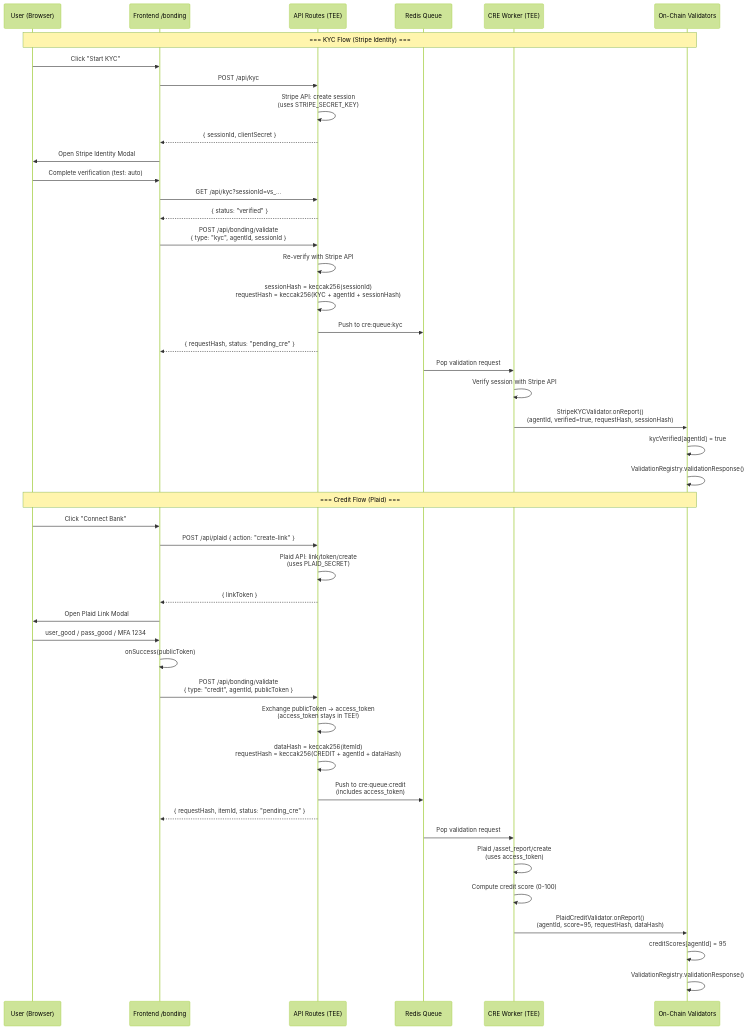
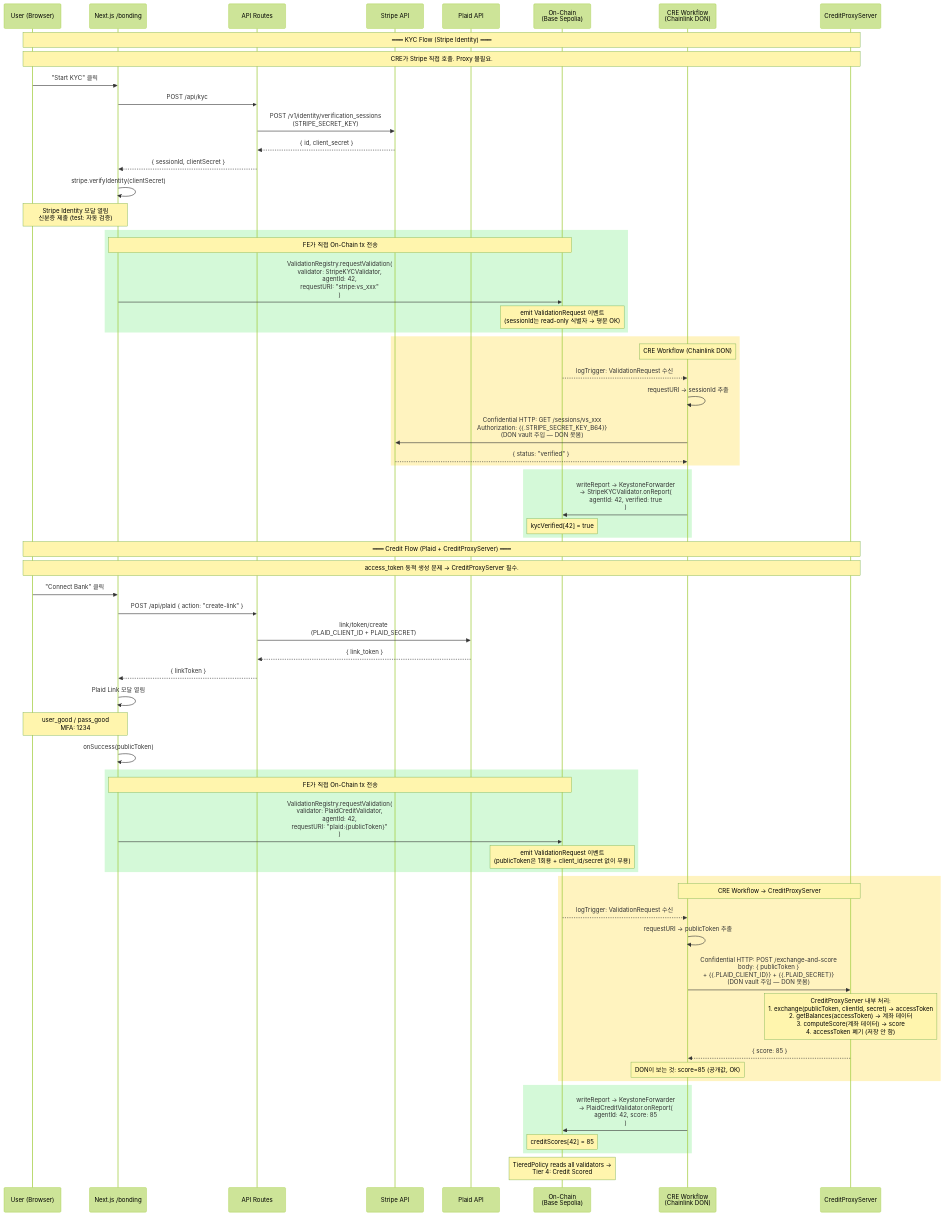
One commit to hihi-yessir/whitewall changed the first of 6 diagrams in docs/bonding-architecture.md. Above: the diagram before and after it, drawn with Mermaid (forest theme). The commit also changed other lines of this file and 36 other files, not shown here.

Commit message:
replace bonding page with tryout flow, refactor demo to architecture viz

````diff
--- a/docs/bonding-architecture.md
+++ b/docs/bonding-architecture.md
@@ -43,55 +64,82 @@
 ```mermaid
 sequenceDiagram
     participant U as User (Browser)
-    participant FE as Frontend /bonding
-    participant API as API Routes (TEE)
-    participant R as Redis Queue
-    participant CRE as CRE Worker (TEE)
-    participant SC as On-Chain Validators
+    participant FE as Next.js /bonding
+    participant API as API Routes
+    participant Stripe as Stripe API
+    participant Plaid as Plaid API
+    participant Chain as On-Chain<br/>(Base Sepolia)
+    participant CRE as CRE Workflow<br/>(Chainlink DON)
+    participant Proxy as CreditProxyServer
 
-    Note over U,SC: === KYC Flow (Stripe Identity) ===
+    Note over U,Proxy: ━━━ KYC Flow (Stripe Identity) ━━━
+    Note over U,Proxy: CRE가 Stripe 직접 호출. Proxy 불필요.
 
-    U->>FE: Click "Start KYC"
+    U->>FE: "Start KYC" 클릭
     FE->>API: POST /api/kyc
-    API->>API: Stripe API: create session<br/>(uses STRIPE_SECRET_KEY)
+    API->>Stripe: POST /v1/identity/verification_sessions<br/>(STRIPE_SECRET_KEY)
+    Stripe-->>API: { id, client_secret }
     API-->>FE: { sessionId, clientSecret }
-    FE->>U: Open Stripe Identity Modal
-    U->>FE: Complete verification (test: auto)
-    FE->>API: GET /api/kyc?sessionId=vs_...
-    API-->>FE: { status: "verified" }
 
-    FE->>API: POST /api/bonding/validate<br/>{ type: "kyc", agentId, sessionId }
-    API->>API: Re-verify with Stripe API
-    API->>API: sessionHash = keccak256(sessionId)<br/>requestHash = keccak256(KYC + agentId + sessionHash)
-    API->>R: Push to cre:queue:kyc
-    API-->>FE: { requestHash, status: "pending_cre" }
+    FE->>FE: stripe.verifyIdentity(clientSecret)
+    Note over U,FE: Stripe Identity 모달 열림<br/>신분증 제출 (test: 자동 검증)
 
-    R->>CRE: Pop validation request
-    CRE->>CRE: Verify session with Stripe API
-    CRE->>SC: StripeKYCValidator.onReport()<br/>(agentId, verified=true, requestHash, sessionHash)
-    SC->>SC: kycVerified[agentId] = true
-    SC->>SC: ValidationRegistry.validationResponse()
+    rect rgb(212, 249, 216)
+        Note over FE,Chain: FE가 직접 On-Chain tx 전송
+        FE->>Chain: ValidationRegistry.requestValidation(<br/>  validator: StripeKYCValidator,<br/>  agentId: 42,<br/>  requestURI: "stripe:vs_xxx"<br/>)
+        Note over Chain: emit ValidationRequest 이벤트<br/>(sessionId는 read-only 식별자 → 평문 OK)
+    end
 
-    Note over U,SC: === Credit Flow (Plaid) ===
+    rect rgb(255, 243, 191)
+        Note over CRE: CRE Workflow (Chainlink DON)
+        Chain-->>CRE: logTrigger: ValidationRequest 수신
+        CRE->>CRE: requestURI → sessionId 추출
+        CRE->>Stripe: Confidential HTTP: GET /sessions/vs_xxx<br/>Authorization: {{.STRIPE_SECRET_KEY_B64}}<br/>(DON vault 주입 — DON 못봄)
+        Stripe-->>CRE: { status: "verified" }
+    end
 
-    U->>FE: Click "Connect Bank"
+    rect rgb(212, 249, 216)
+        CRE->>Chain: writeReport → KeystoneForwarder<br/>→ StripeKYCValidator.onReport(<br/>  agentId: 42, verified: true<br/>)
+        Note over Chain: kycVerified[42] = true
+    end
+
+    Note over U,Proxy: ━━━ Credit Flow (Plaid + CreditProxyServer) ━━━
+    Note over U,Proxy: access_token 동적 생성 문제 → CreditProxyServer 필수.
+
+    U->>FE: "Connect Bank" 클릭
     FE->>API: POST /api/plaid { action: "create-link" }
-    API->>API: Plaid API: link/token/create<br/>(uses PLAID_SECRET)
+    API->>Plaid: link/token/create<br/>(PLAID_CLIENT_ID + PLAID_SECRET)
+    Plaid-->>API: { link_token }
     API-->>FE: { linkToken }
-    FE->>U: Open Plaid Link Modal
-    U->>FE: user_good / pass_good / MFA 1234
+
+    FE->>FE: Plaid Link 모달 열림
+    Note over U,FE: user_good / pass_good<br/>MFA: 1234
+
     FE->>FE: onSuccess(publicToken)
 
-    FE->>API: POST /api/bonding/validate<br/>{ type: "credit", agentId, publicToken }
-    API->>API: Exchange publicToken → access_token<br/>(access_token stays in TEE!)
-    API->>API: dataHash = keccak256(itemId)<br/>requestHash = keccak256(CREDIT + agentId + dataHash)
-    API->>R: Push to cre:queue:credit<br/>(includes access_token)
-    API-->>FE: { requestHash, itemId, status: "pending_cre" }
+    rect rgb(212, 249, 216)
+        Note over FE,Chain: FE가 직접 On-Chain tx 전송
+        FE->>Chain: ValidationRegistry.requestValidation(<br/>  validator: PlaidCreditValidator,<br/>  agentId: 42,<br/>  requestURI: "plaid:{publicToken}"<br/>)
+        Note over Chain: emit ValidationRequest 이벤트<br/>(publicToken은 1회용 + client_id/secret 없이 무용)
+    end
 
-    R->>CRE: Pop validation request
-    CRE->>CRE: Plaid /asset_report/create<br/>(uses access_token)
-    CRE->>CRE: Compute credit score (0-100)
-    CRE->>SC: PlaidCreditValidator.onReport()<br/>(agentId, score=95, requestHash, dataHash)
-    SC->>SC: creditScores[agentId] = 95
-    SC->>SC: ValidationRegistry.validationResponse()
+    rect rgb(255, 243, 191)
+        Note over CRE,Proxy: CRE Workflow → CreditProxyServer
+        Chain-->>CRE: logTrigger: ValidationRequest 수신
+        CRE->>CRE: requestURI → publicToken 추출
+
+        CRE->>Proxy: Confidential HTTP: POST /exchange-and-score<br/>body: { publicToken }<br/>+ {{.PLAID_CLIENT_ID}} + {{.PLAID_SECRET}}<br/>(DON vault 주입 — DON 못봄)
+
+        Note over Proxy: CreditProxyServer 내부 처리:<br/>1. exchange(publicToken, clientId, secret) → accessToken<br/>2. getBalances(accessToken) → 계좌 데이터<br/>3. computeScore(계좌 데이터) → score<br/>4. accessToken 폐기 (저장 안 함)
+
+        Proxy-->>CRE: { score: 85 }
+        Note over CRE: DON이 보는 것: score=85 (공개값, OK)
+    end
+
+    rect rgb(212, 249, 216)
+        CRE->>Chain: writeReport → KeystoneForwarder<br/>→ PlaidCreditValidator.onReport(<br/>  agentId: 42, score: 85<br/>)
+        Note over Chain: creditScores[42] = 85
+    end
+
+    Note over Chain: TieredPolicy reads all validators →<br/>Tier 4: Credit Scored
 ```
````
